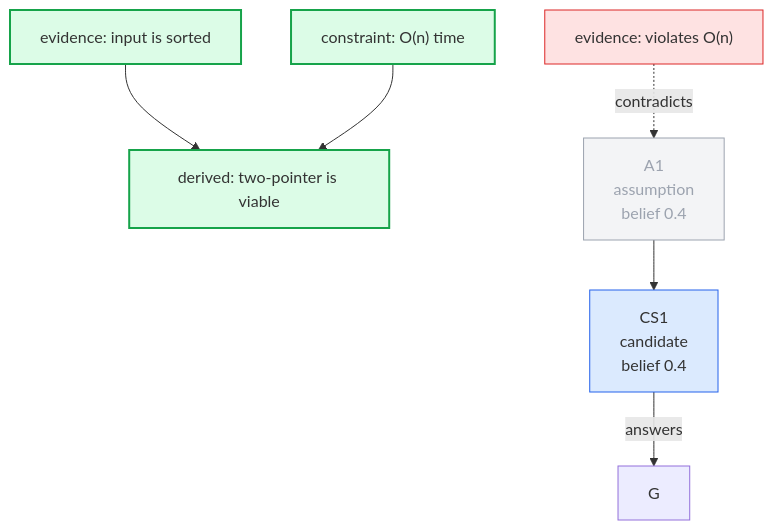
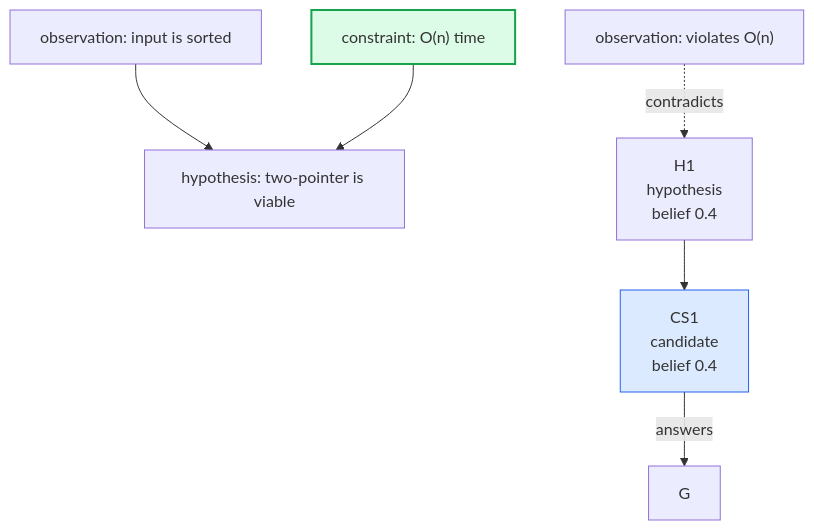
The diagram in skills/reasoning-graph/docs/rendering.md (xian0x5a/reasoning-graph), drawn with Mermaid before and after one commit. The commit also changed other lines of this file and 12 other files, not shown here.

First line of the commit message:
docs(skill)!: rename node types to observation and hypothesis across skill docs

````diff
--- a/skills/reasoning-graph/docs/rendering.md
+++ b/skills/reasoning-graph/docs/rendering.md
@@ -118,18 +118,18 @@
 ```mermaid
 flowchart TD
-  E1["evidence: input is sorted"] --> D1["derived: two-pointer is viable"]
-  C1["constraint: O(n) time"] --> D1
-  A1["A1<br/>assumption<br/>belief 0.4"] --> CS1["CS1<br/>candidate<br/>belief 0.4"]
+  O1["observation: input is sorted"] --> H2["hypothesis: two-pointer is viable"]
+  C1["constraint: O(n) time"] --> H2
+  H1["H1<br/>hypothesis<br/>belief 0.4"] --> CS1["CS1<br/>candidate<br/>belief 0.4"]
   CS1 -- answers --> G
-  E2["evidence: violates O(n)"] -. contradicts .-> A1
+  O2["observation: violates O(n)"] -. contradicts .-> H1
 
   classDef winning fill:#dcfce7,stroke:#16a34a,stroke-width:2px;
   classDef candidate fill:#dbeafe,stroke:#2563eb;
   classDef dim fill:#f3f4f6,stroke:#9ca3af,color:#9ca3af;
   classDef bad fill:#fee2e2,stroke:#dc2626;
 
   class E1,C1,D1 winning;
   class CS1 candidate;
   class A1 dim;
   class E2 bad;
 ```
````
